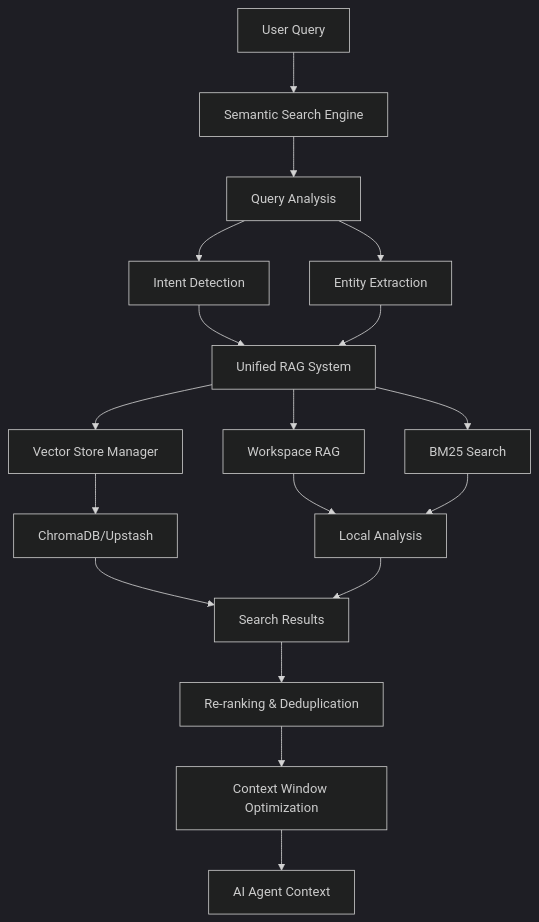
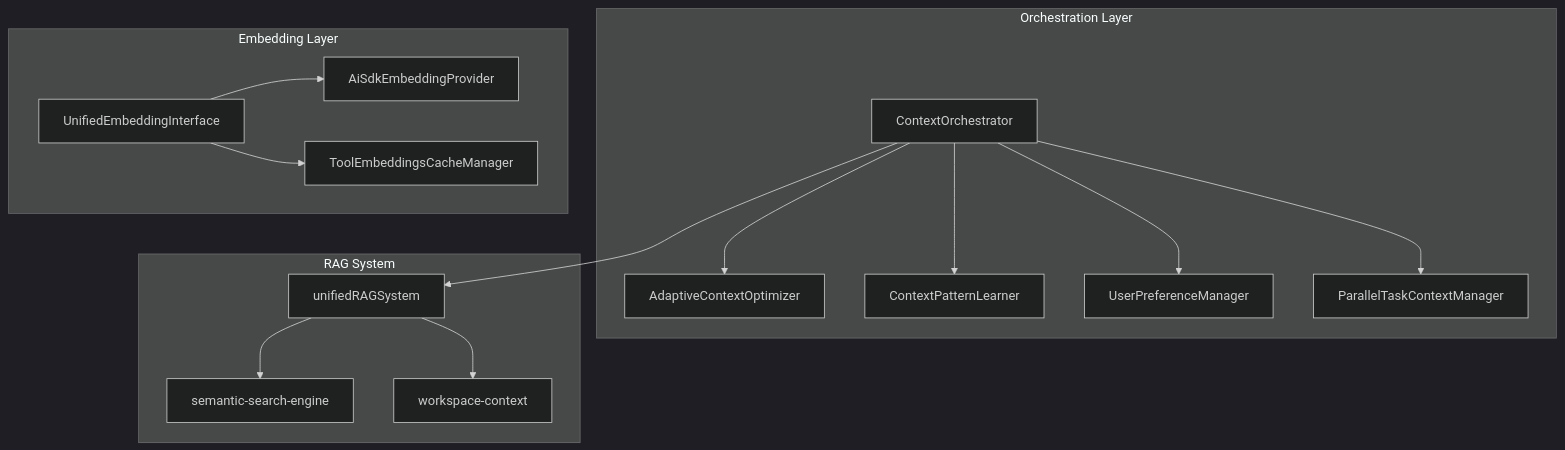
Before and after one commit to nikomatt69/nikcli-main: the diagram in packages/docs/context-rag/overview.mdx, drawn with Mermaid (dark theme). The commit also changed other lines of this file and 25 other files, not shown here.

First line of the commit message:
refactor: consolidate and update documentation for architecture and introduction

````diff
--- a/packages/docs/context-rag/overview.mdx
+++ b/packages/docs/context-rag/overview.mdx
@@ -15,25 +18,33 @@
 ```mermaid
 graph TB
-    A[User Query] --> B[Semantic Search Engine]
-    B --> C[Query Analysis]
-    C --> D[Intent Detection]
-    C --> E[Entity Extraction]
+    subgraph "Orchestration Layer"
+        CO[ContextOrchestrator]
+        ACO[AdaptiveContextOptimizer]
+        CPL[ContextPatternLearner]
+        UPM[UserPreferenceManager]
+        PTM[ParallelTaskContextManager]
+    end
 
-    D --> F[Unified RAG System]
-    E --> F
+    subgraph "Embedding Layer"
+        UEI[UnifiedEmbeddingInterface]
+        ASE[AiSdkEmbeddingProvider]
+        TEM[ToolEmbeddingsCacheManager]
+    end
 
-    F --> G[Vector Store Manager]
-    F --> H[Workspace RAG]
-    F --> I[BM25 Search]
+    subgraph "RAG System"
+        RAG[unifiedRAGSystem]
+        SSE[semantic-search-engine]
+        WC[workspace-context]
+    end
 
-    G --> J[ChromaDB/Upstash]
-    H --> K[Local Analysis]
-    I --> K
+    CO --> ACO
+    CO --> CPL
+    CO --> UPM
+    CO --> PTM
+    CO --> RAG
 
-    J --> L[Search Results]
-    K --> L
-
-    L --> M[Re-ranking & Deduplication]
-    M --> N[Context Window Optimization]
-    N --> O[AI Agent Context]
+    UEI --> ASE
+    UEI --> TEM
+    RAG --> SSE
+    RAG --> WC
 ```
````
